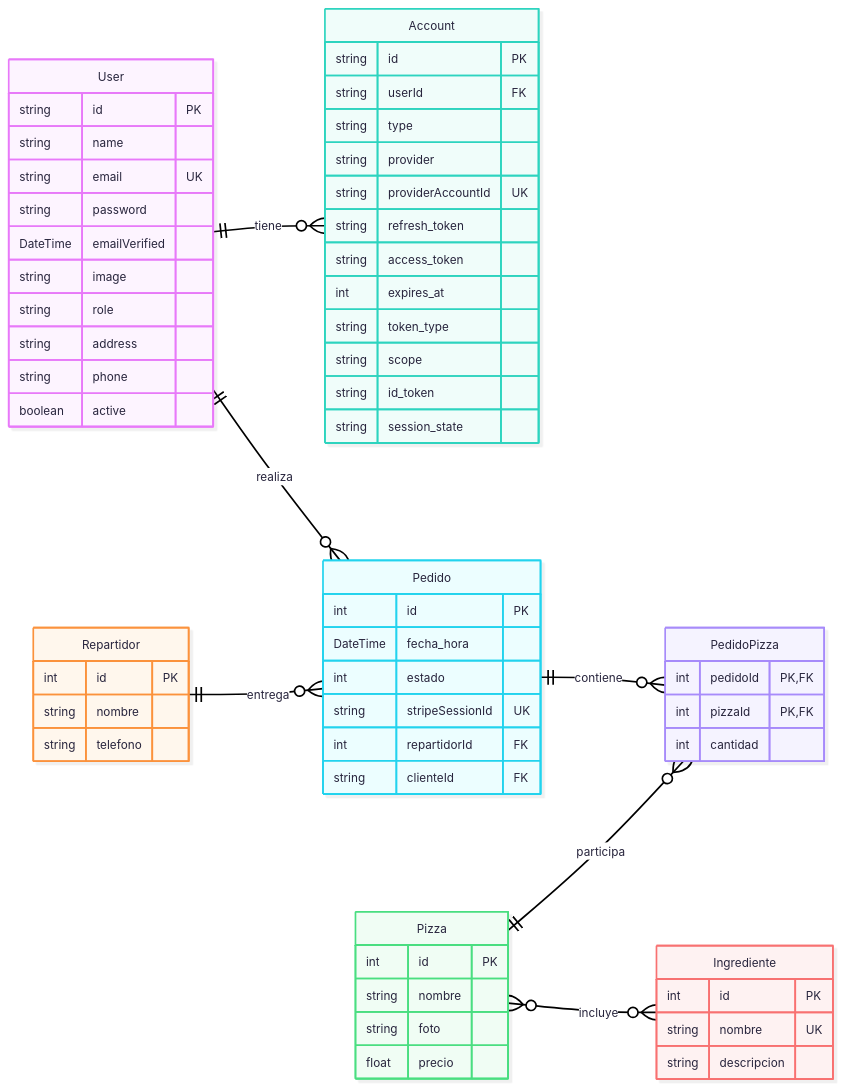
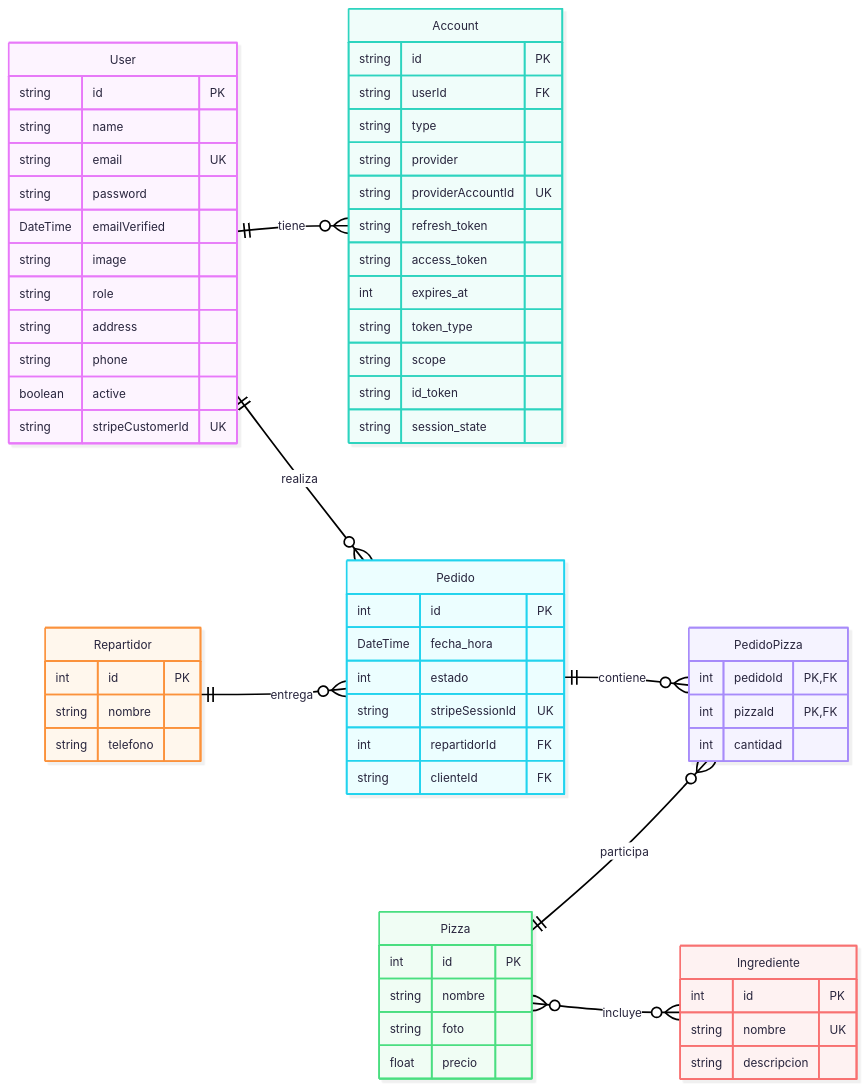
Before and after one commit to jamj2000/nxapp-pizzeria: the diagram in public/diagrama-er.mermaid, drawn with Mermaid. The commit also changed 11 other files, not shown here.

```diff
--- a/public/diagrama-er.mermaid
+++ b/public/diagrama-er.mermaid
@@ -1,75 +1,76 @@
 ---
 config:
   look: neo
   theme: redux-color
 ---
 erDiagram
     direction LR
 
     User {
         string id PK
         string name
         string email UK
         string password
         DateTime emailVerified
         string image
         string role
         string address
         string phone
         boolean active
+        string stripeCustomerId UK
     }
 
     Account {
         string id PK
         string userId FK
         string type
         string provider
         string providerAccountId UK
         string refresh_token
         string access_token
         int expires_at
         string token_type
         string scope
         string id_token
         string session_state
     }
 
     Repartidor {
         int id PK
         string nombre
         string telefono
     }
 
     Pedido {
         int id PK
         DateTime fecha_hora
         int estado
         string stripeSessionId UK
         int repartidorId FK
         string clienteId FK
     }
 
     Pizza {
         int id PK
         string nombre
         string foto
         float precio
     }
 
     PedidoPizza {
         int pedidoId PK, FK
         int pizzaId PK, FK
         int cantidad
     }
 
     Ingrediente {
         int id PK
         string nombre UK
         string descripcion
     }
     User ||--o{ Account : tiene
     User ||--o{ Pedido : realiza
     Repartidor ||--o{ Pedido : entrega
     Pedido ||--o{ PedidoPizza : contiene
     Pizza ||--o{ PedidoPizza : participa
     Pizza }o--o{ Ingrediente : incluye
```
